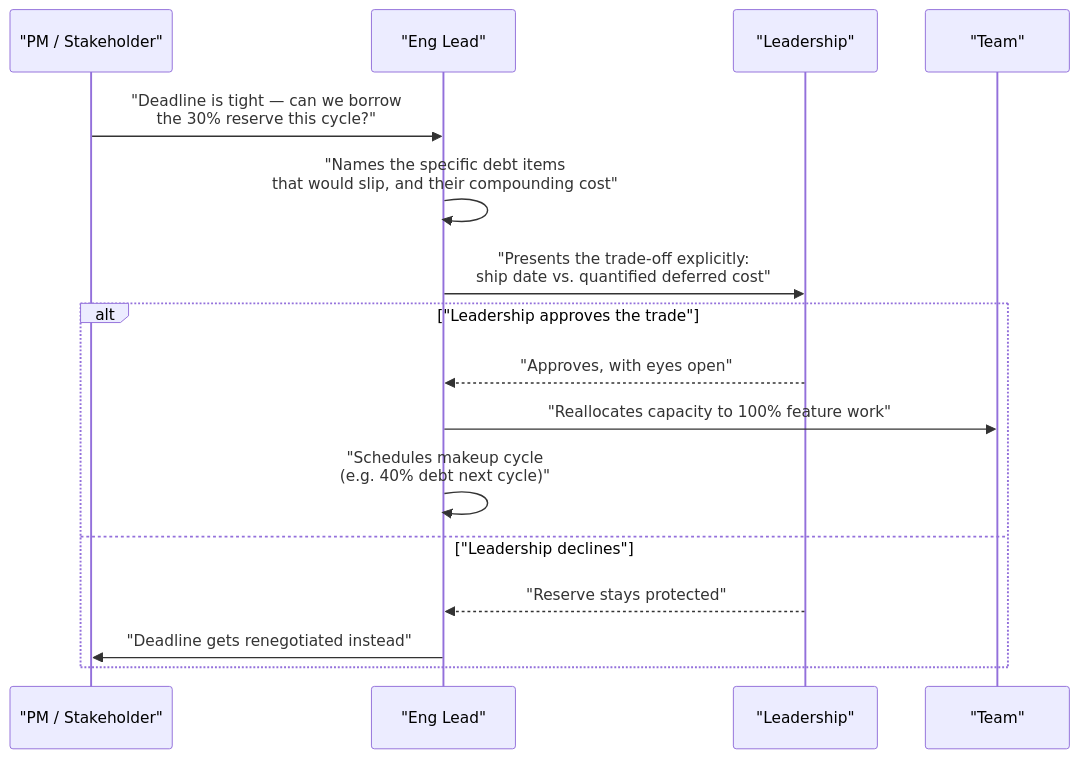
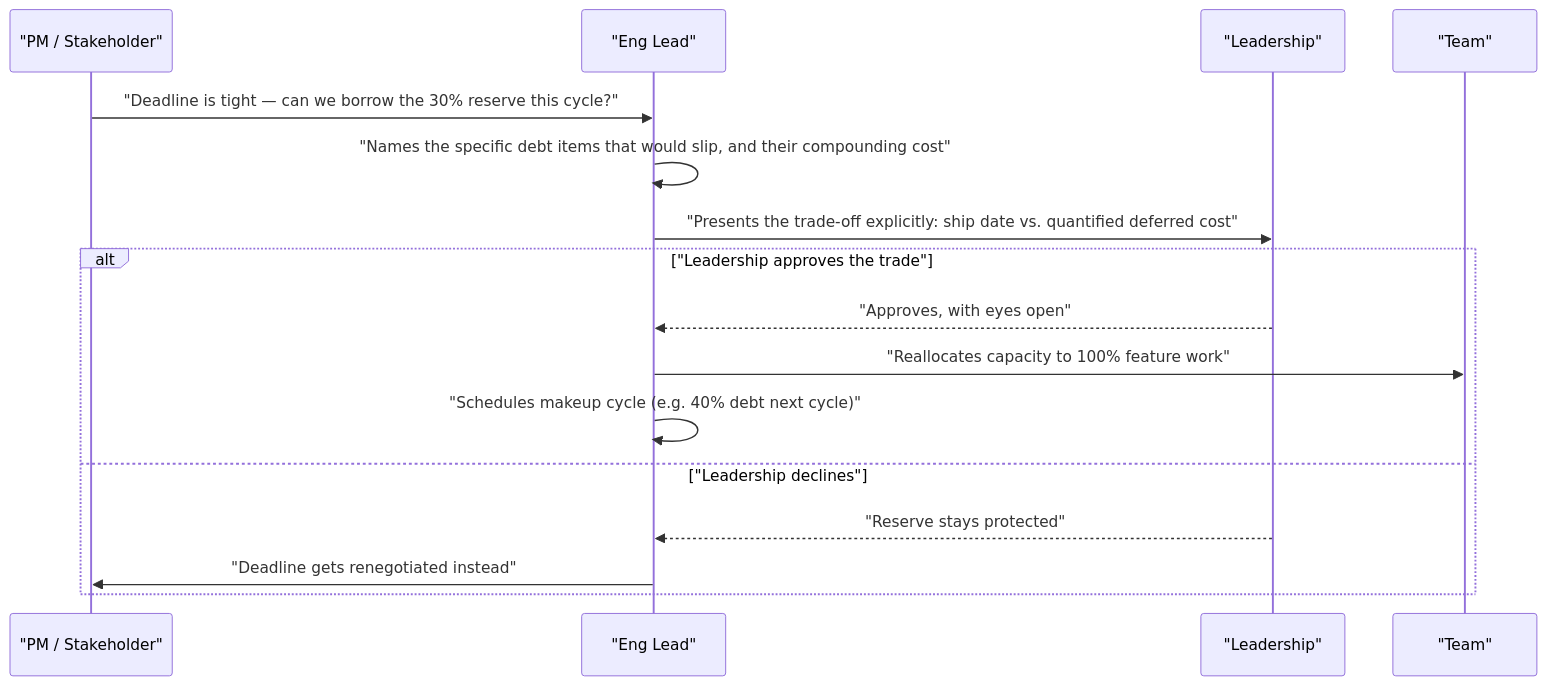
The second of 2 diagrams in data/topics/tech-debt-management.md (vinayakhumberi/litmus), drawn with Mermaid before and after one commit. The commit also changed other lines of this file and 68 other files, not shown here.

````diff
--- a/data/topics/tech-debt-management.md
+++ b/data/topics/tech-debt-management.md
@@ -135,19 +135,19 @@
 ```mermaid
 sequenceDiagram
     participant PM as "PM / Stakeholder"
     participant Lead as "Eng Lead"
     participant Exec as "Leadership"
     participant Team as "Team"
 
-    PM->>Lead: "Deadline is tight — can we borrow<br>the 30% reserve this cycle?"
-    Lead->>Lead: "Names the specific debt items<br>that would slip, and their compounding cost"
-    Lead->>Exec: "Presents the trade-off explicitly:<br>ship date vs. quantified deferred cost"
+    PM->>Lead: "Deadline is tight — can we borrow the 30% reserve this cycle?"
+    Lead->>Lead: "Names the specific debt items that would slip, and their compounding cost"
+    Lead->>Exec: "Presents the trade-off explicitly: ship date vs. quantified deferred cost"
     alt "Leadership approves the trade"
         Exec-->>Lead: "Approves, with eyes open"
         Lead->>Team: "Reallocates capacity to 100% feature work"
-        Lead->>Lead: "Schedules makeup cycle<br>(e.g. 40% debt next cycle)"
+        Lead->>Lead: "Schedules makeup cycle (e.g. 40% debt next cycle)"
     else "Leadership declines"
         Exec-->>Lead: "Reserve stays protected"
         Lead->>PM: "Deadline gets renegotiated instead"
     end
 ```
````
